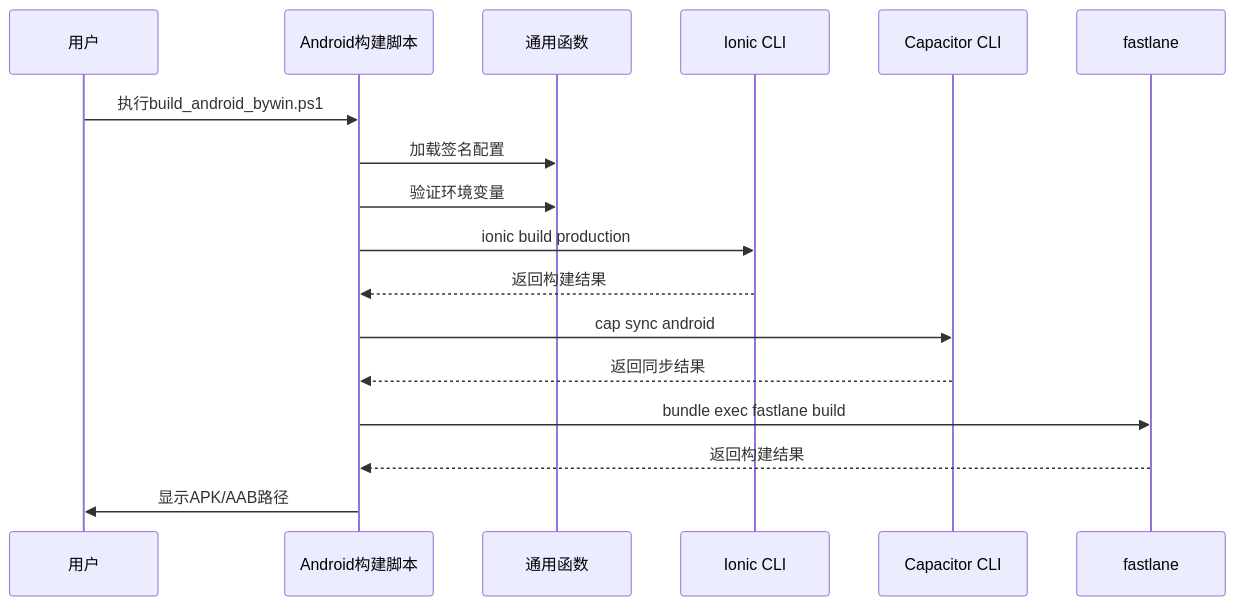
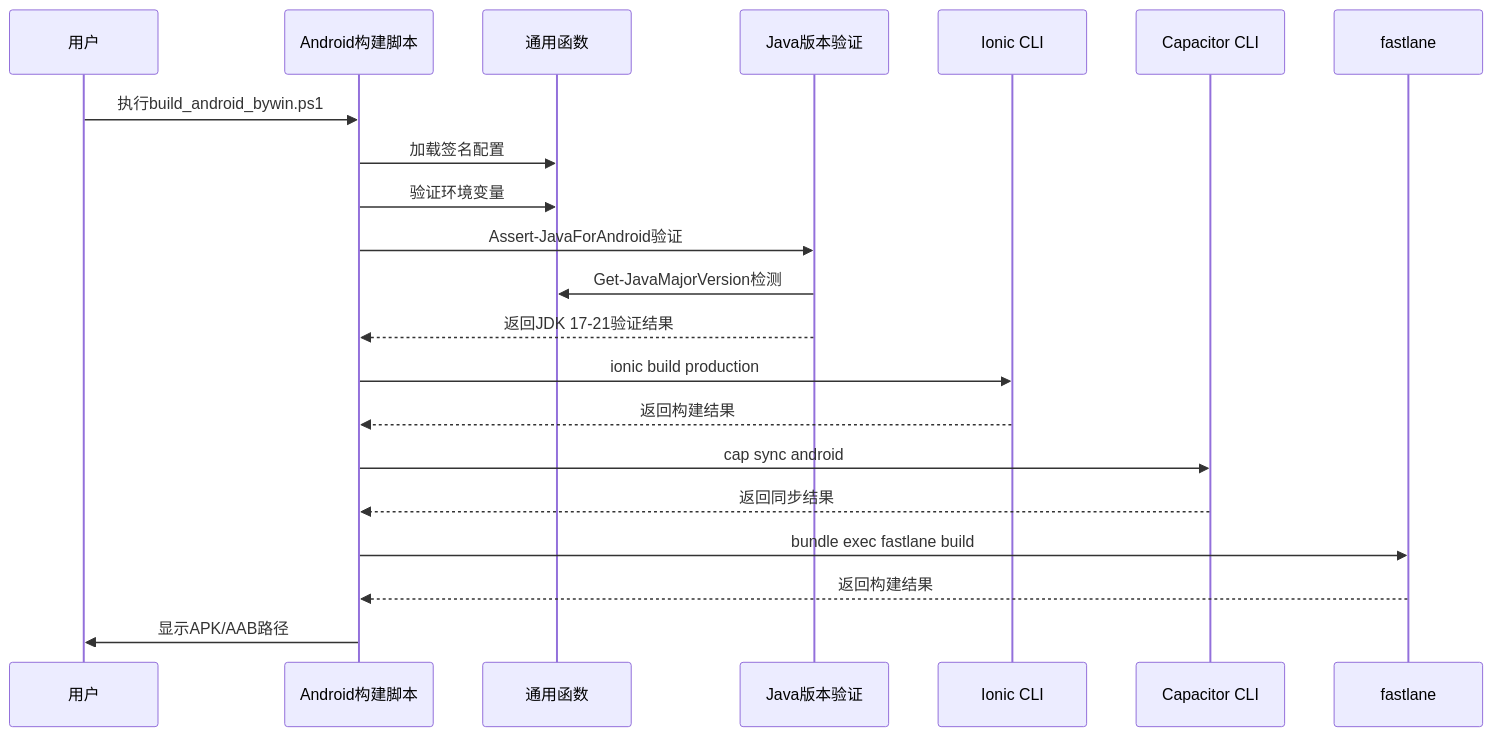
The fourth of 8 diagrams in .qoder/repowiki/zh/content/构建与部署/Windows PowerShell自动化.md (tea4go/Macro-Deck-Client-App), drawn with Mermaid before and after one commit. The commit also changed other lines of this file and 23 other files, not shown here.

````diff
--- a/.qoder/repowiki/zh/content/构建与部署/Windows PowerShell自动化.md
+++ b/.qoder/repowiki/zh/content/构建与部署/Windows PowerShell自动化.md
@@ -494,19 +533,23 @@
 ```mermaid
 sequenceDiagram
 participant User as 用户
 participant BuildScript as Android构建脚本
 participant Common as 通用函数
+participant JavaValidation as Java版本验证
 participant Ionic as Ionic CLI
 participant Capacitor as Capacitor CLI
 participant Fastlane as fastlane
 User->>BuildScript : 执行build_android_bywin.ps1
 BuildScript->>Common : 加载签名配置
 BuildScript->>Common : 验证环境变量
+BuildScript->>JavaValidation : Assert-JavaForAndroid验证
+JavaValidation->>Common : Get-JavaMajorVersion检测
+JavaValidation-->>BuildScript : 返回JDK 17-21验证结果
 BuildScript->>Ionic : ionic build production
 Ionic-->>BuildScript : 返回构建结果
 BuildScript->>Capacitor : cap sync android
 Capacitor-->>BuildScript : 返回同步结果
 BuildScript->>Fastlane : bundle exec fastlane build
 Fastlane-->>BuildScript : 返回构建结果
 BuildScript->>User : 显示APK/AAB路径
 ```
````
